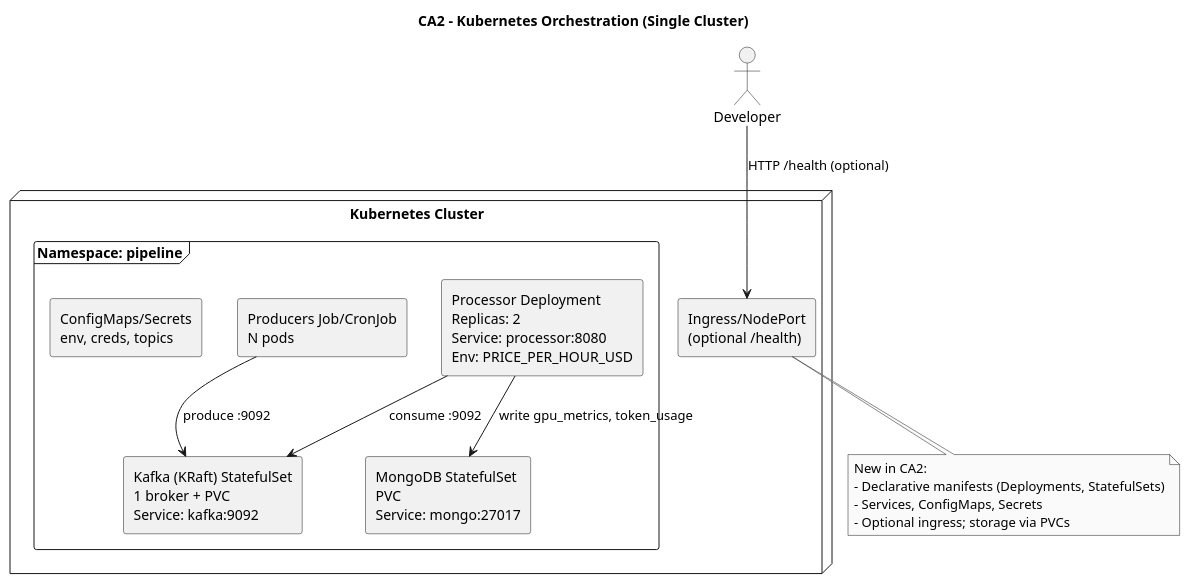
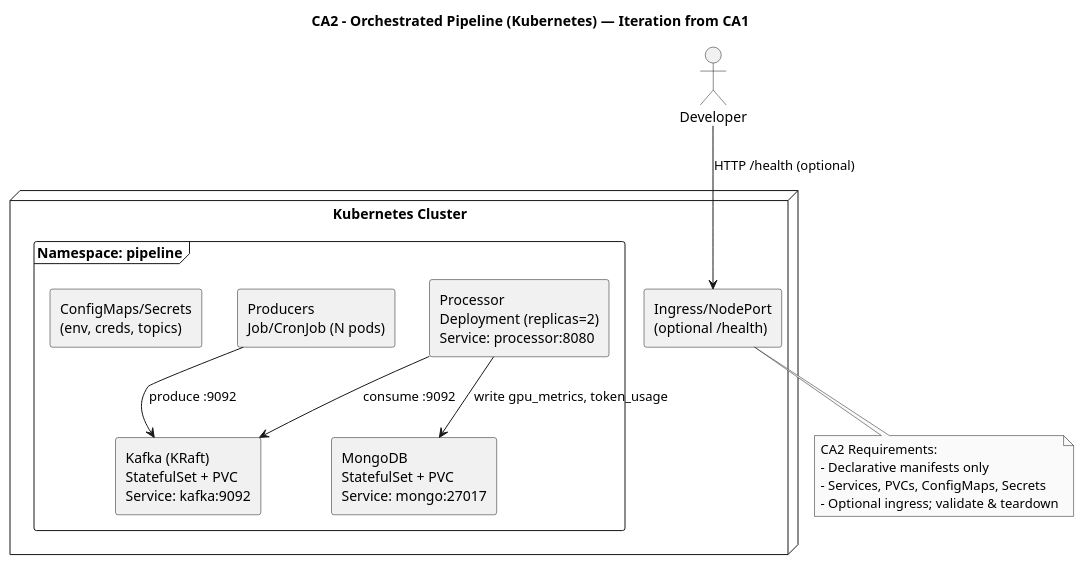
Before and after one commit to brobro10000/gpu-token-analytics-pipeline: the diagram in CA2/architecture.md, drawn with PlantUML. The commit also changed other lines of this file and 7 other files, not shown here.

Commit message:
Update CA1-CA4 architecture diagrams and conversation summaries per CS5287 requirements

````diff
--- a/CA2/architecture.md
+++ b/CA2/architecture.md
@@ -7,35 +7,35 @@
 ```plantuml
 @startuml
-title CA2 - Kubernetes Orchestration (Single Cluster)
+title CA2 - Orchestrated Pipeline (Kubernetes) — Iteration from CA1
 
 skinparam shadowing false
 skinparam monochrome true
 skinparam componentStyle rectangle
 
 actor "Developer" as Dev
 
 node "Kubernetes Cluster" {
   frame "Namespace: pipeline" {
-    component "Kafka (KRaft) StatefulSet\n1 broker + PVC\nService: kafka:9092" as Kafka
-    component "MongoDB StatefulSet\nPVC\nService: mongo:27017" as Mongo
-    component "Processor Deployment\nReplicas: 2\nService: processor:8080\nEnv: PRICE_PER_HOUR_USD" as Proc
-    component "Producers Job/CronJob\nN pods" as Prod
-    component "ConfigMaps/Secrets\nenv, creds, topics" as Cfg
+    component "Kafka (KRaft)\nStatefulSet + PVC\nService: kafka:9092" as Kafka
+    component "MongoDB\nStatefulSet + PVC\nService: mongo:27017" as Mongo
+    component "Processor\nDeployment (replicas=2)\nService: processor:8080" as Proc
+    component "Producers\nJob/CronJob (N pods)" as Prod
+    component "ConfigMaps/Secrets\n(env, creds, topics)" as Cfg
   }
   component "Ingress/NodePort\n(optional /health)" as Ingress
 }
 
 Dev --> Ingress : HTTP /health (optional)
 Prod --> Kafka : produce :9092
 Proc --> Kafka : consume :9092
 Proc --> Mongo : write gpu_metrics, token_usage
 
 note bottom
-New in CA2:
-- Declarative manifests (Deployments, StatefulSets)
-- Services, ConfigMaps, Secrets
-- Optional ingress; storage via PVCs
+CA2 Requirements:
+- Declarative manifests only
+- Services, PVCs, ConfigMaps, Secrets
+- Optional ingress; validate & teardown
 end note
 
 @enduml
 ```
````
